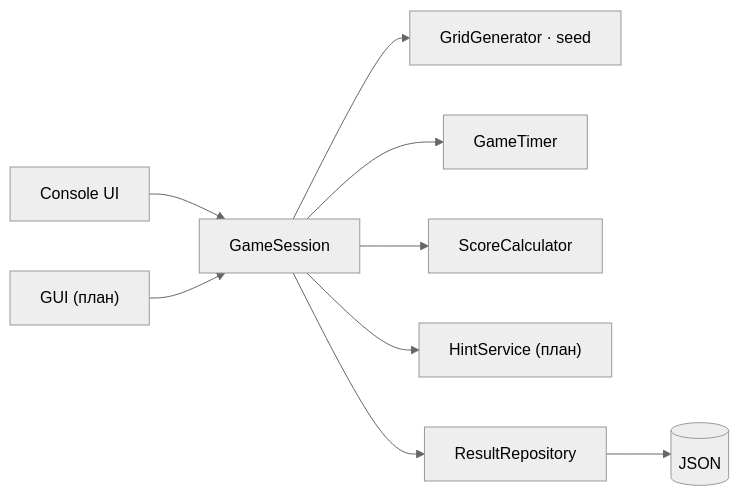
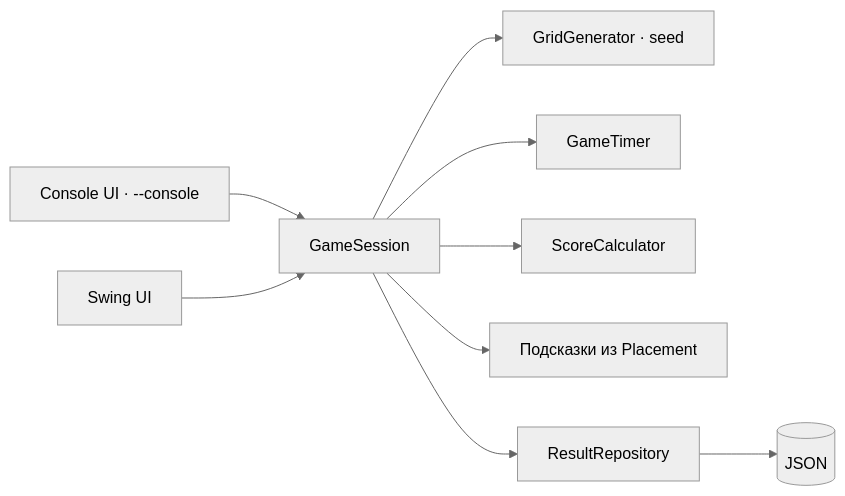
The fourth of 4 diagrams in zaeso-Words-Roadmap.md (zaeso/zaeso-Words), drawn with Mermaid (neutral theme) before and after one commit. The commit also changed other lines of this file, not shown here.

Commit message:
Обновление дорожной карты: GUI и новые задачи

````diff
--- a/zaeso-Words-Roadmap.md
+++ b/zaeso-Words-Roadmap.md
@@ -195,11 +214,11 @@
 ```mermaid
 flowchart LR
-    CLI["Console UI"] --> SESSION["GameSession"]
-    GUI["GUI (план)"] --> SESSION
+    CLI["Console UI · --console"] --> SESSION["GameSession"]
+    GUI["Swing UI"] --> SESSION
     SESSION --> GEN["GridGenerator · seed"]
     SESSION --> TIMER["GameTimer"]
     SESSION --> SCORE["ScoreCalculator"]
-    SESSION --> HINT["HintService (план)"]
+    SESSION --> HINT["Подсказки из Placement"]
     SESSION --> RESULT["ResultRepository"]
     RESULT --> STORE[("JSON")]
 ```
````
